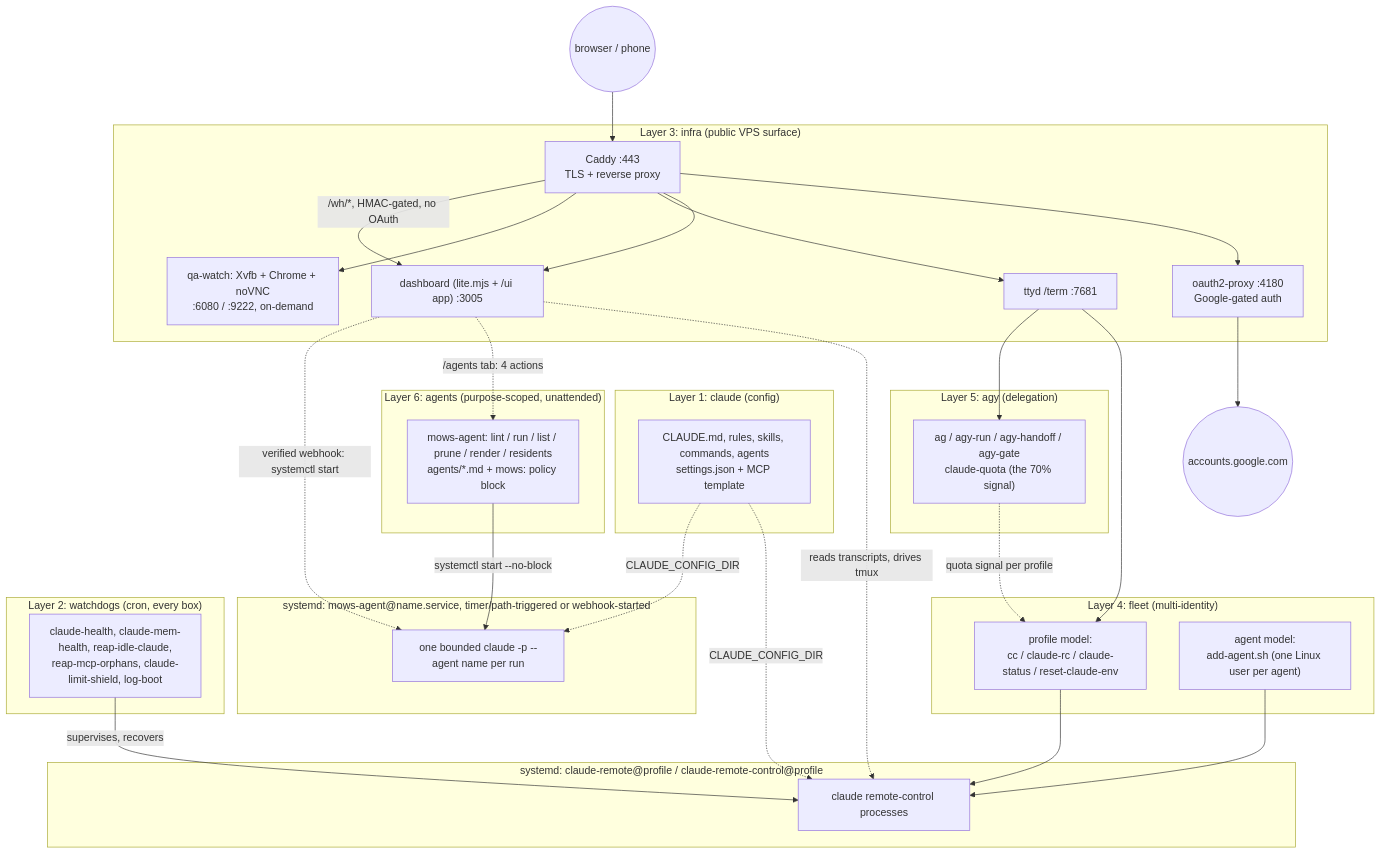
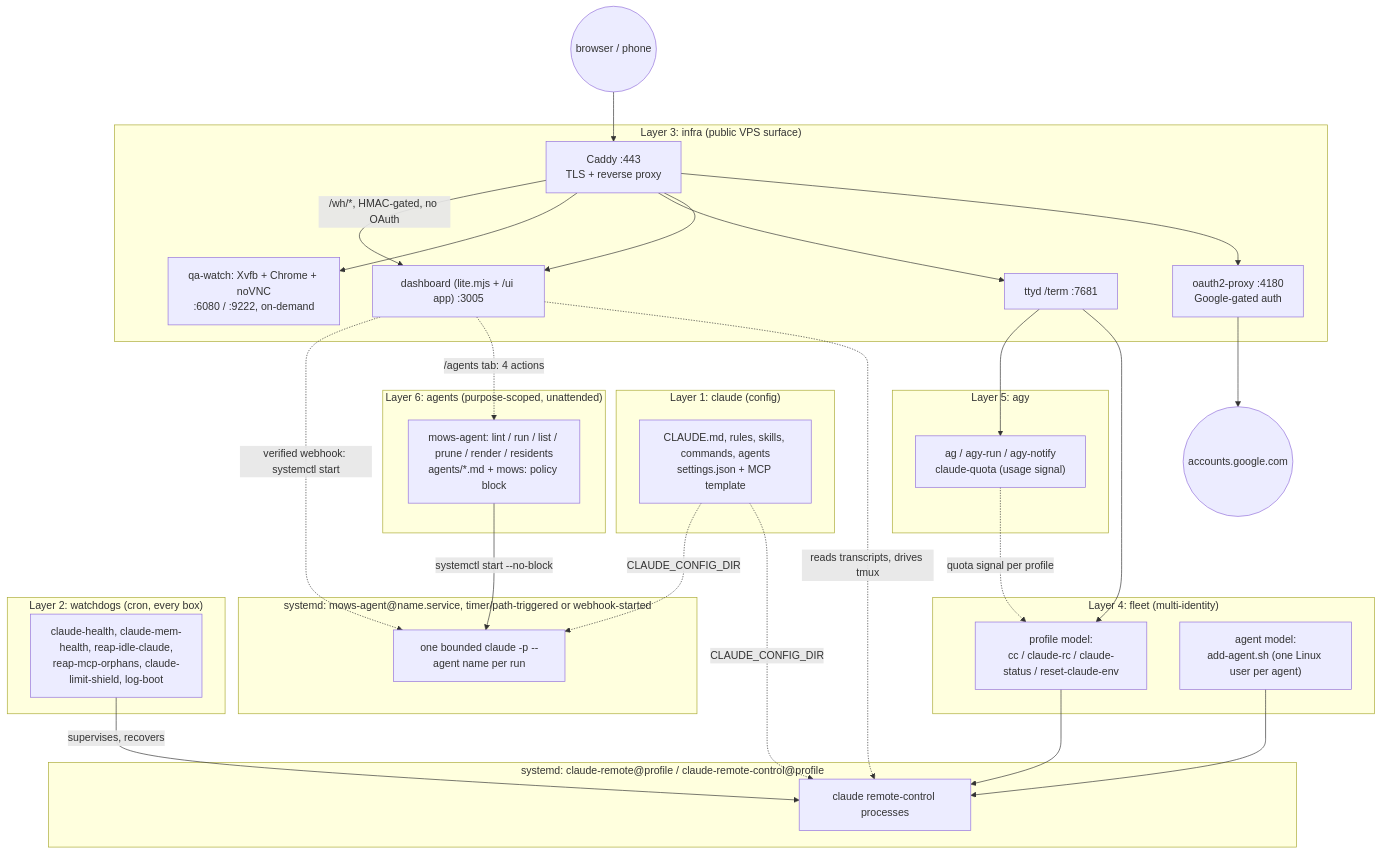
Before and after one commit to alhe99/mows-harness: the diagram in README.md, drawn with Mermaid. The commit also changed other lines of this file and 20 other files, not shown here.

First line of the commit message:
agy: remove 70% quota delegation; keep agy-run for the Discord bridge

````diff
--- a/README.md
+++ b/README.md
@@ -403,60 +403,60 @@
 ```mermaid
 flowchart TB
     subgraph Layer1["Layer 1: claude (config)"]
         CFG["CLAUDE.md, rules, skills, commands, agents<br/>settings.json + MCP template"]
     end
 
     subgraph Layer4["Layer 4: fleet (multi-identity)"]
         PROFILE["profile model:<br/>cc / claude-rc / claude-status / reset-claude-env"]
         AGENT["agent model:<br/>add-agent.sh (one Linux user per agent)"]
     end
 
-    subgraph Layer5["Layer 5: agy (delegation)"]
-        AGY["ag / agy-run / agy-handoff / agy-gate<br/>claude-quota (the 70% signal)"]
+    subgraph Layer5["Layer 5: agy"]
+        AGY["ag / agy-run / agy-notify<br/>claude-quota (usage signal)"]
     end
 
     subgraph Layer6["Layer 6: agents (purpose-scoped, unattended)"]
         MAGENT["mows-agent: lint / run / list / prune / render / residents<br/>agents/*.md + mows: policy block"]
     end
 
     subgraph RCUNITS["systemd: claude-remote@profile / claude-remote-control@profile"]
         RC["claude remote-control processes"]
     end
 
     subgraph AGENTUNIT["systemd: mows-agent@name.service, timer/path-triggered or webhook-started"]
         ARUN["one bounded claude -p --agent name per run"]
     end
 
     subgraph Layer2["Layer 2: watchdogs (cron, every box)"]
         WD["claude-health, claude-mem-health, reap-idle-claude,<br/>reap-mcp-orphans, claude-limit-shield, log-boot"]
     end
 
     subgraph Layer3["Layer 3: infra (public VPS surface)"]
         CADDY["Caddy :443<br/>TLS + reverse proxy"]
         OAUTH["oauth2-proxy :4180<br/>Google-gated auth"]
         DASH["dashboard (lite.mjs + /ui app) :3005"]
         TERM["ttyd /term :7681"]
         WATCH["qa-watch: Xvfb + Chrome + noVNC<br/>:6080 / :9222, on-demand"]
     end
 
     Browser(("browser / phone")) --> CADDY
     CADDY --> OAUTH
     OAUTH --> Google(("accounts.google.com"))
     CADDY --> DASH
     CADDY --> TERM
     CADDY --> WATCH
 
     CFG -.->|CLAUDE_CONFIG_DIR| RC
     PROFILE --> RC
     AGENT --> RC
     TERM --> PROFILE
     TERM --> AGY
     AGY -.->|quota signal per profile| PROFILE
     DASH -.->|reads transcripts, drives tmux| RC
     WD -->|supervises, recovers| RC
     MAGENT -->|systemctl start --no-block| ARUN
     CFG -.->|CLAUDE_CONFIG_DIR| ARUN
     DASH -.->|/agents tab: 4 actions| MAGENT
     CADDY -->|/wh/*, HMAC-gated, no OAuth| DASH
     DASH -.->|verified webhook: systemctl start| ARUN
 ```
````
